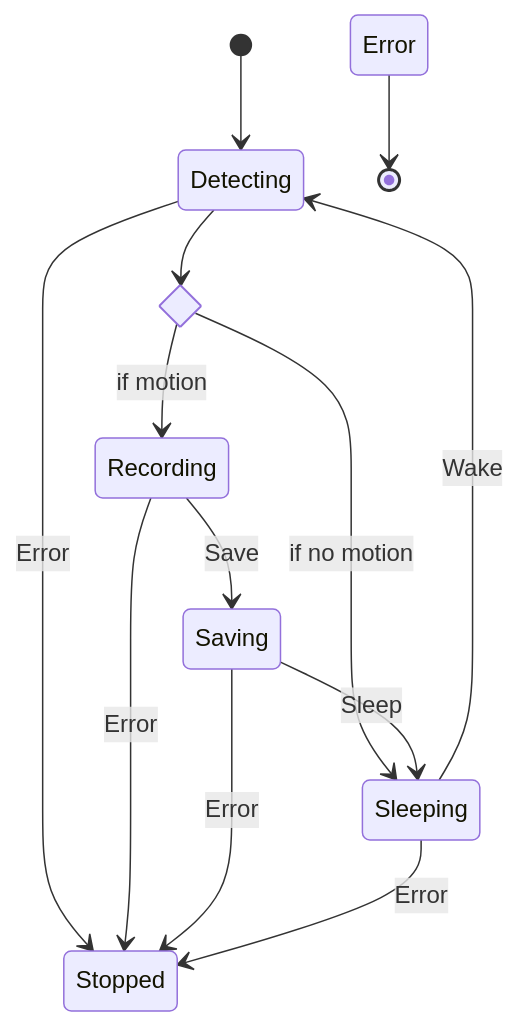
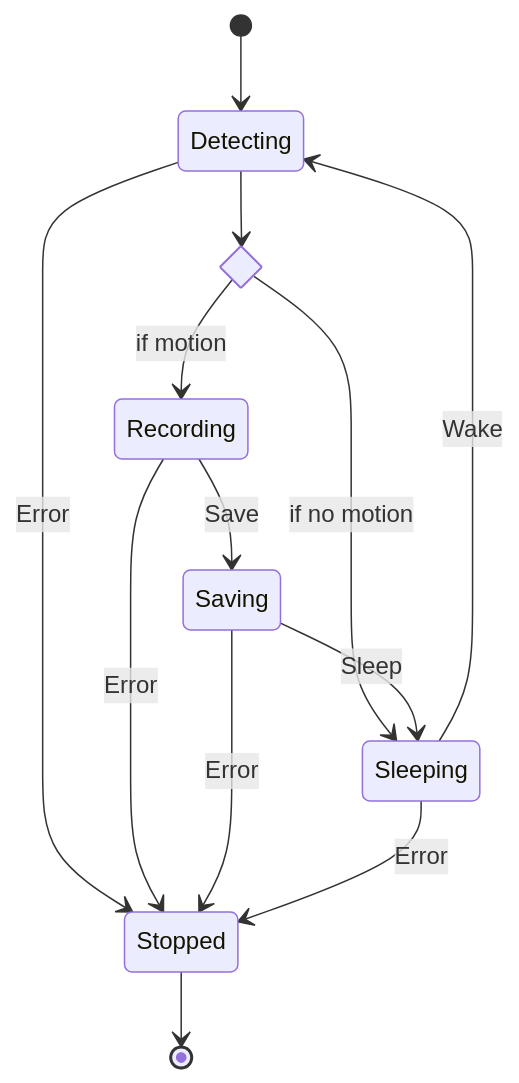
One commit to abdmoh123/pi-security-camera changed the diagram in camera/README.md. Above: the diagram before and after it, drawn with Mermaid.

Commit message:
docs(camera): fix README end transition
Incorrect state name Error instead of Stopped.

````diff
--- a/camera/README.md
+++ b/camera/README.md
@@ -13,19 +13,19 @@
 ```mermaid
 stateDiagram-v2
     [*] --> Detecting
 
     state if_detected <<choice>>
     Detecting --> if_detected
     if_detected --> Recording: if motion
     if_detected --> Sleeping: if no motion
     Recording --> Saving: Save
     Saving --> Sleeping: Sleep
     Sleeping --> Detecting: Wake
 
     Detecting --> Stopped: Error
     Recording --> Stopped: Error
     Saving --> Stopped: Error
     Sleeping --> Stopped: Error
 
-    Error --> [*]
+    Stopped --> [*]
 ```
````
